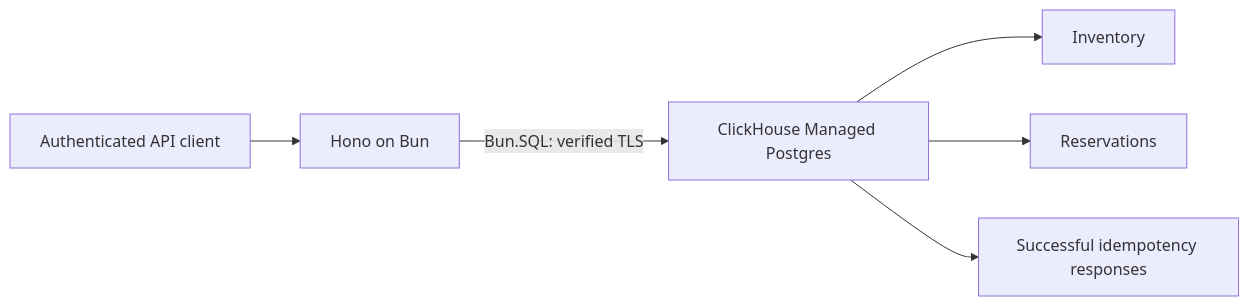
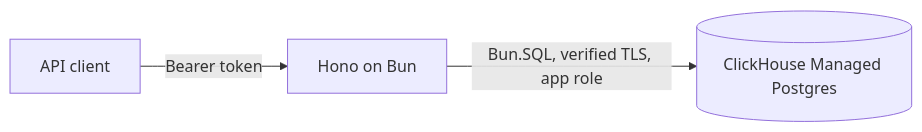
The diagram in applications/stock-reservation/README.md (ClickHouse/examples), drawn with Mermaid before and after one commit. The commit also changed other lines of this file and 12 other files, not shown here.

````diff
--- a/applications/stock-reservation/README.md
+++ b/applications/stock-reservation/README.md
@@ -20,8 +25,4 @@
 ```mermaid
 flowchart LR
-  Client[Authenticated API client] --> App[Hono on Bun]
-  App -->|Bun.SQL: verified TLS| PG[ClickHouse Managed Postgres]
-  PG --> Inventory[Inventory]
-  PG --> Reservations[Reservations]
-  PG --> Keys[Successful idempotency responses]
+  Client[API client] -->|Bearer token| App[Hono on Bun] -->|Bun.SQL, verified TLS, app role| PG[(ClickHouse Managed Postgres)]
 ```
````
